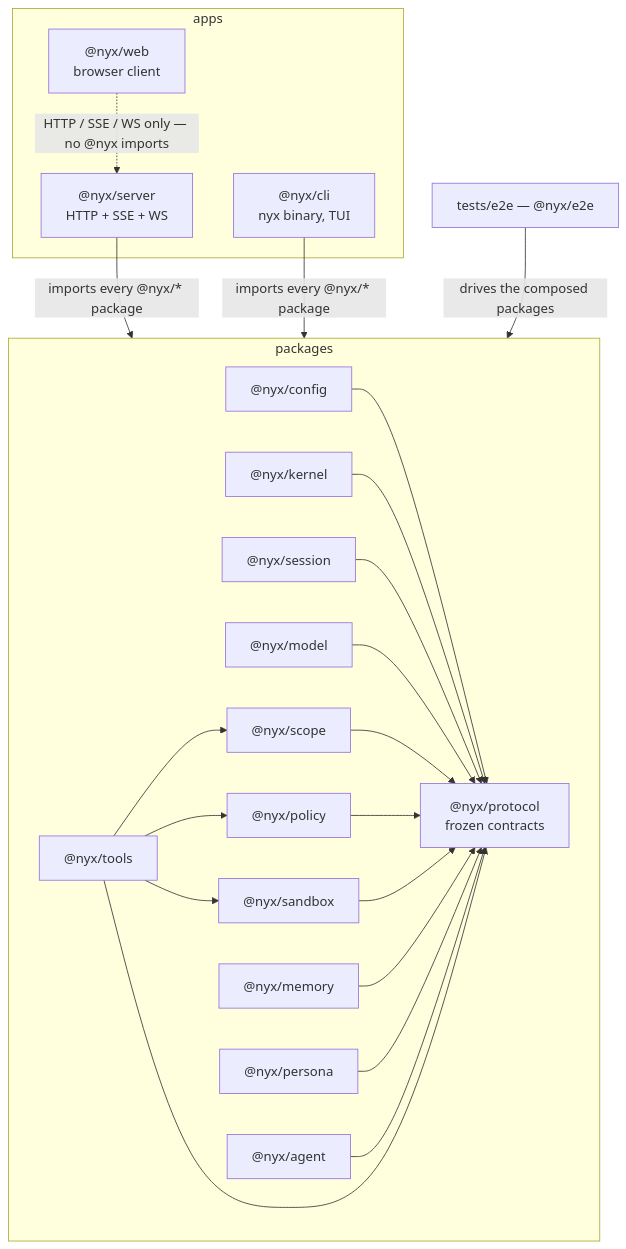
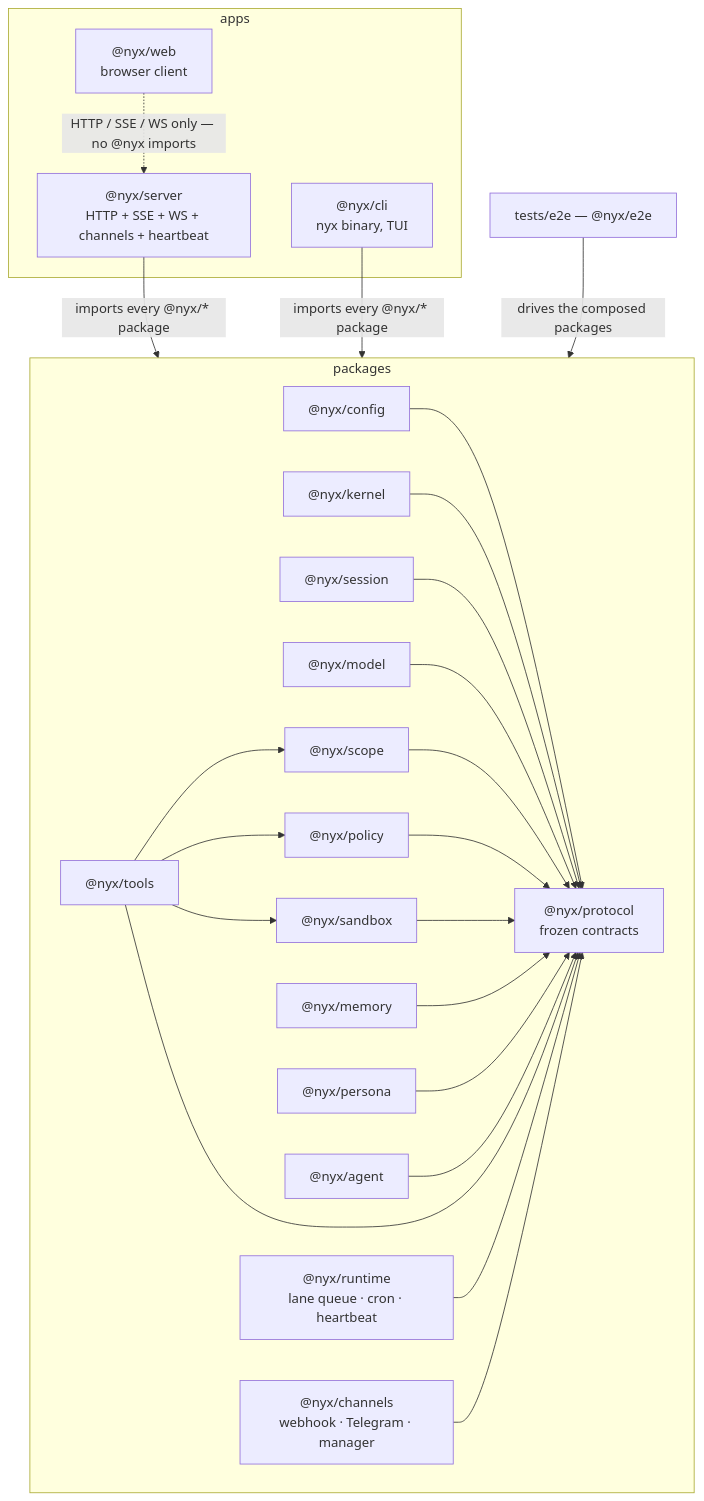
Before and after one commit to MIndFlare-V0RT3X/nyx: the first of 2 diagrams in docs/ARCHITECTURE.md, drawn with Mermaid. The commit also changed other lines of this file and 5 other files, not shown here.

First line of the commit message:
docs: Phase 1 — ARCHITECTURE (14-package graph), CHANNELS, HEARTBEAT, SECURITY-MODEL updates, CHANGELOG

````diff
--- a/docs/ARCHITECTURE.md
+++ b/docs/ARCHITECTURE.md
@@ -23,45 +23,49 @@
 ```mermaid
 flowchart TD
   subgraph apps["apps"]
-    SERVER["@nyx/server<br/>HTTP + SSE + WS"]
+    SERVER["@nyx/server<br/>HTTP + SSE + WS + channels + heartbeat"]
     CLI["@nyx/cli<br/>nyx binary, TUI"]
     WEB["@nyx/web<br/>browser client"]
   end
 
   subgraph libs["packages"]
     PROTOCOL["@nyx/protocol<br/>frozen contracts"]
     CONFIG["@nyx/config"]
     KERNEL["@nyx/kernel"]
     SESSION["@nyx/session"]
     MODEL["@nyx/model"]
     SCOPE["@nyx/scope"]
     POLICY["@nyx/policy"]
     SANDBOX["@nyx/sandbox"]
     MEMORY["@nyx/memory"]
     PERSONA["@nyx/persona"]
     TOOLS["@nyx/tools"]
     AGENT["@nyx/agent"]
+    RUNTIME["@nyx/runtime<br/>lane queue · cron · heartbeat"]
+    CHANNELS["@nyx/channels<br/>webhook · Telegram · manager"]
   end
 
   E2E["tests/e2e — @nyx/e2e"]
 
   CONFIG --> PROTOCOL
   KERNEL --> PROTOCOL
   SESSION --> PROTOCOL
   MODEL --> PROTOCOL
   SCOPE --> PROTOCOL
   POLICY --> PROTOCOL
   SANDBOX --> PROTOCOL
   MEMORY --> PROTOCOL
   PERSONA --> PROTOCOL
   AGENT --> PROTOCOL
   TOOLS --> PROTOCOL
   TOOLS --> POLICY
   TOOLS --> SCOPE
   TOOLS --> SANDBOX
+  RUNTIME --> PROTOCOL
+  CHANNELS --> PROTOCOL
 
   SERVER -->|"imports every @nyx/* package"| libs
   CLI -->|"imports every @nyx/* package"| libs
   E2E -->|"drives the composed packages"| libs
   WEB -.->|"HTTP / SSE / WS only — no @nyx imports"| SERVER
 ```
````
